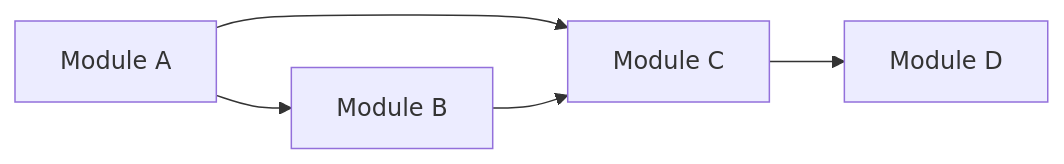
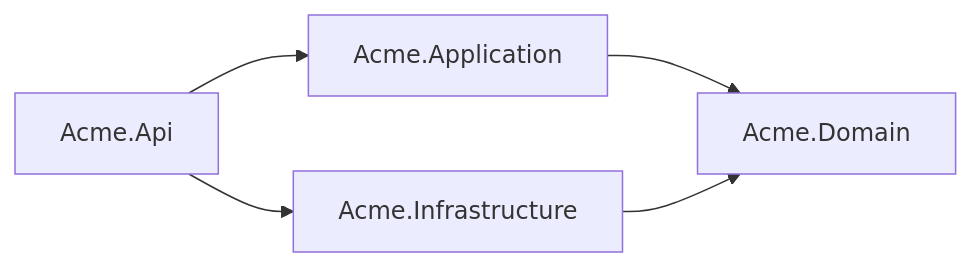
One commit to ColibriAgile/agents-instructions changed the diagram in SKILLS/refactoring-analysis/assets/refactoring-report-template.md. Above: the diagram before and after it, drawn with Mermaid. The commit also changed other lines of this file and 8 other files, not shown here.

````diff
--- a/SKILLS/refactoring-analysis/assets/refactoring-report-template.md
+++ b/SKILLS/refactoring-analysis/assets/refactoring-report-template.md
@@ -148,7 +149,7 @@
 ```mermaid
 graph LR
-  A[Module A] --> B[Module B]
-  A --> C[Module C]
-  B --> C
-  C --> D[Module D]
+  Api[Acme.Api] --> App[Acme.Application]
+  App --> Domain[Acme.Domain]
+  Infra[Acme.Infrastructure] --> Domain
+  Api --> Infra
 ```
````
